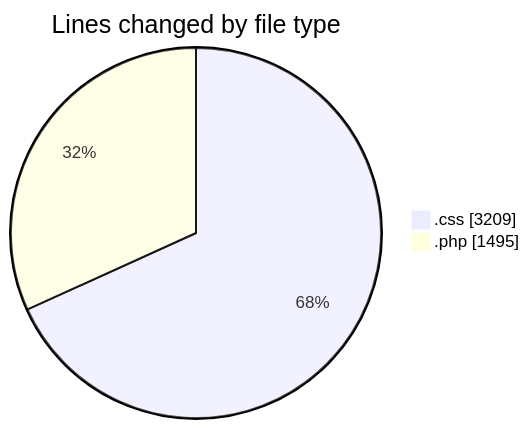
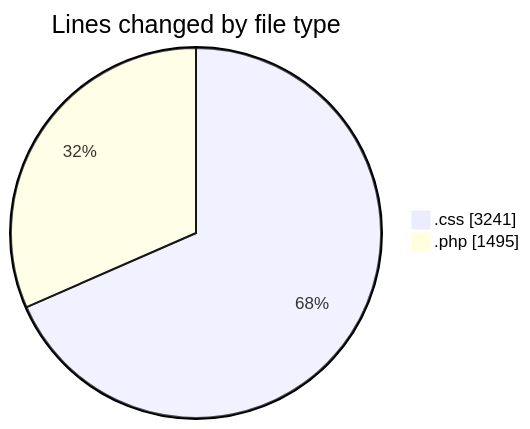
The first of 2 diagrams in 2026-07-22/untitled__workspace_/README.md (debugP/code-tracking), drawn with Mermaid before and after one commit. The commit also changed other lines of this file and 1 other file, not shown here.

````diff
--- a/2026-07-22/untitled__workspace_/README.md
+++ b/2026-07-22/untitled__workspace_/README.md
@@ -22,6 +22,6 @@
 ```mermaid
 pie showData
 title Lines changed by file type
-".css" : 3209
+".css" : 3241
 ".php" : 1495
 ```
````
